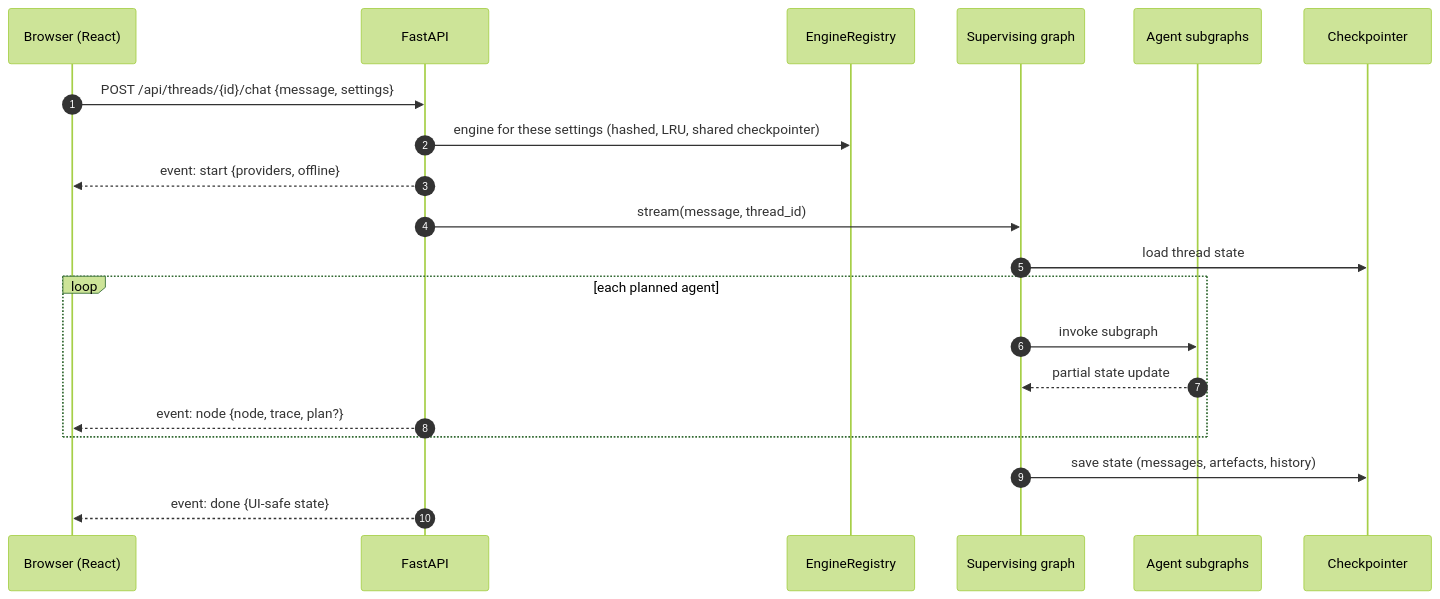
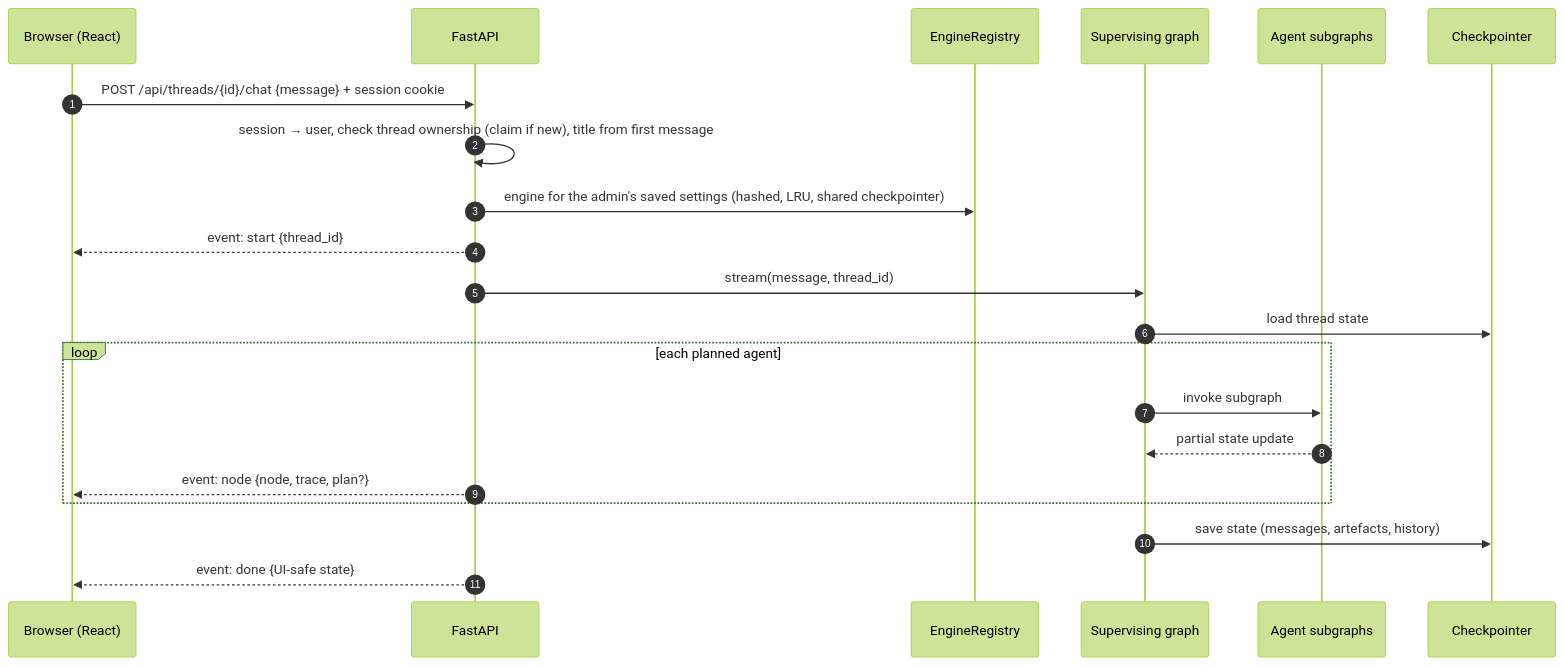
Diagram 12 of 16 in docs/architecture.md (prasannakoppolu/contentblitz-ai-assistant), drawn with Mermaid (forest theme) before and after one commit. The commit also changed other lines of this file and 48 other files, not shown here.

````diff
--- a/docs/architecture.md
+++ b/docs/architecture.md
@@ -261,22 +274,23 @@
 ```mermaid
 sequenceDiagram
     autonumber
     participant B as Browser (React)
     participant A as FastAPI
     participant R as EngineRegistry
     participant G as Supervising graph
     participant S as Agent subgraphs
     participant M as Checkpointer
-    B->>A: POST /api/threads/{id}/chat {message, settings}
-    A->>R: engine for these settings (hashed, LRU, shared checkpointer)
-    A-->>B: event: start {providers, offline}
+    B->>A: POST /api/threads/{id}/chat {message} + session cookie
+    A->>A: session → user, check thread ownership (claim if new), title from first message
+    A->>R: engine for the admin's saved settings (hashed, LRU, shared checkpointer)
+    A-->>B: event: start {thread_id}
     A->>G: stream(message, thread_id)
     G->>M: load thread state
     loop each planned agent
         G->>S: invoke subgraph
         S-->>G: partial state update
         A-->>B: event: node {node, trace, plan?}
     end
     G->>M: save state (messages, artefacts, history)
     A-->>B: event: done {UI-safe state}
 ```
````
